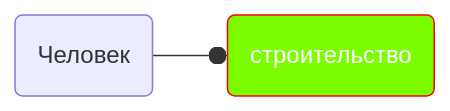
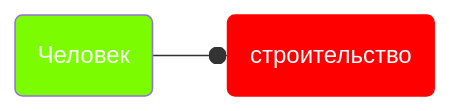
One commit to Kostrov2003/FirstSite changed the diagram in test.md. Above: the diagram before and after it, drawn with Mermaid.

````diff
--- a/test.md
+++ b/test.md
@@ -1,8 +1,8 @@
 ```mermaid 
 graph LR
 classDef class1 fill:#FF0000,stroke:#FF0000,color:#fbfdfe
-classDef class1 fill:#7CFC00,color:#FFFFFF
+classDef class2 fill:#7CFC00,color:#FFFFFF
 
-A(Человек <br>) --o B(строительство <br>):::class1
+A(Человек <br>):::class2 --o B(строительство <br>):::class1
 click B "https://habr.com/ru/company/rostelecom/blog/570098/"
 ```
````
